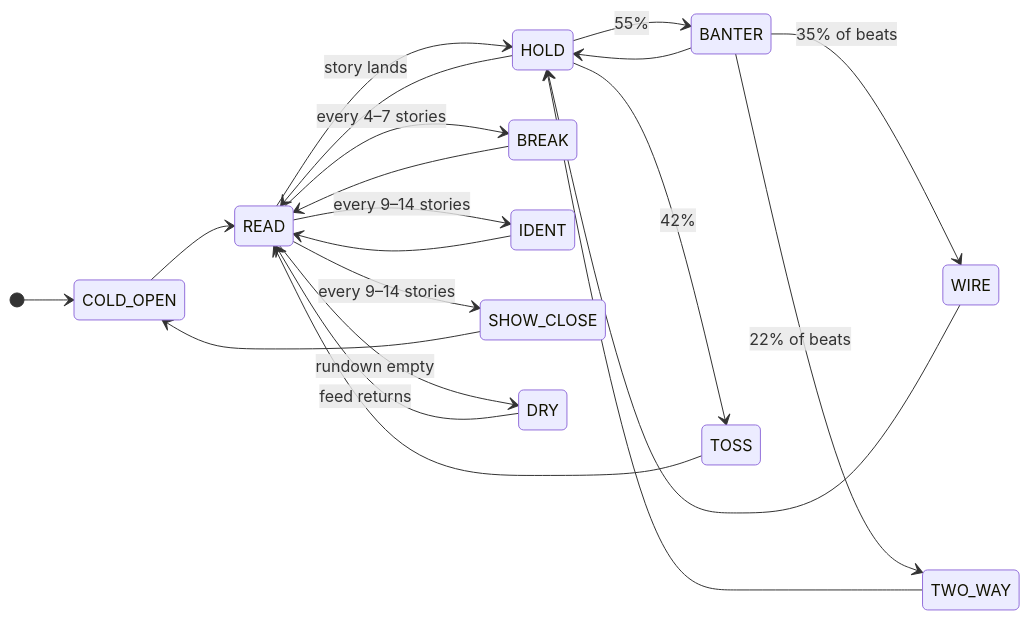
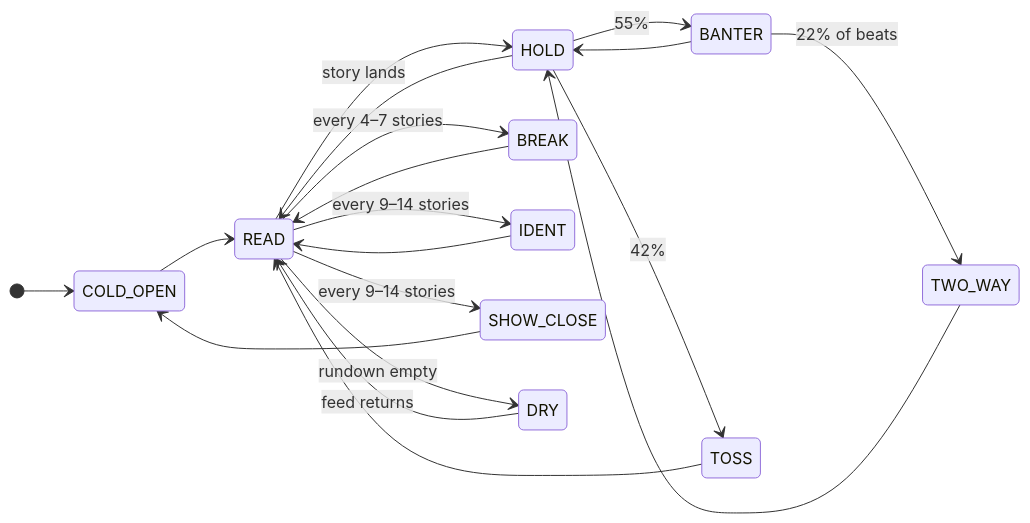
Before and after one commit to Ekco-S64QTN6/GNN: the diagram in README.md, drawn with Mermaid. The commit also changed other lines of this file and 94 other files, not shown here.

````diff
--- a/README.md
+++ b/README.md
@@ -148,24 +181,22 @@
 ```mermaid
 stateDiagram-v2
     direction LR
     [*] --> COLD_OPEN
     COLD_OPEN --> READ
     READ --> HOLD : story lands
     HOLD --> BANTER : 55%
     HOLD --> TOSS : 42%
     HOLD --> READ
     BANTER --> HOLD
-    WIRE --> HOLD
-    BANTER --> WIRE : 35% of beats
     BANTER --> TWO_WAY : 22% of beats
     TWO_WAY --> HOLD
     TOSS --> READ
     READ --> BREAK : every 4–7 stories
     READ --> IDENT : every 9–14 stories
     BREAK --> READ
     IDENT --> READ
     READ --> SHOW_CLOSE : every 9–14 stories
     SHOW_CLOSE --> COLD_OPEN
     READ --> DRY : rundown empty
     DRY --> READ : feed returns
 ```
````
